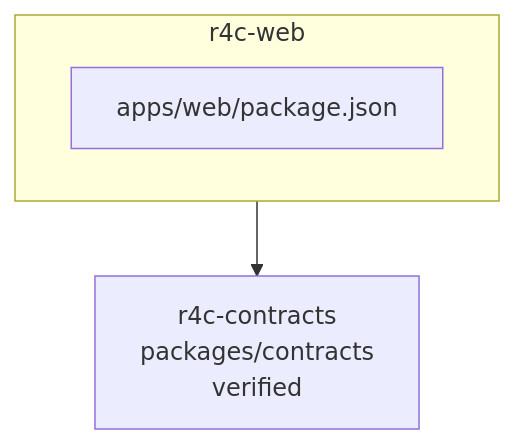
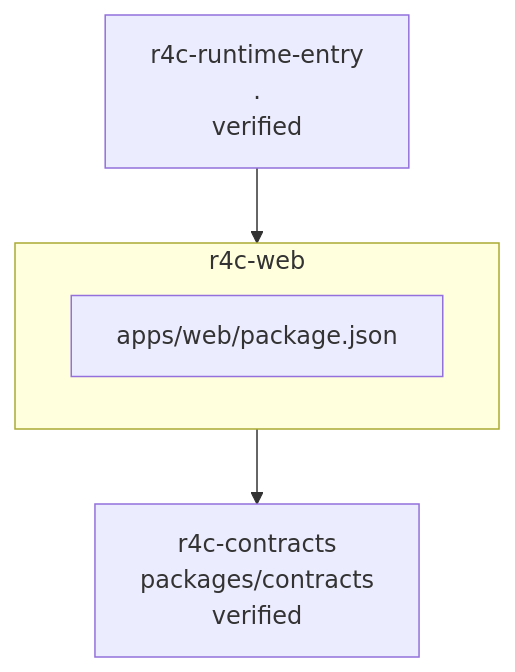
One commit to Islamce/R4C changed the diagram in .ai/diagrams/component-r4c-web.md. Above: the diagram before and after it, drawn with Mermaid. The commit also changed other lines of this file and 27 other files, not shown here.

````diff
--- a/.ai/diagrams/component-r4c-web.md
+++ b/.ai/diagrams/component-r4c-web.md
@@ -7,8 +7,10 @@
 ```mermaid
 graph TB
   subgraph r4c_web_box["r4c-web"]
     ep_apps_web_package_json["apps/web/package.json"]
   end
   r4c_contracts["r4c-contracts<br/>packages/contracts<br/>verified"]
   r4c_web_box --> r4c_contracts
+  r4c_runtime_entry["r4c-runtime-entry<br/>.<br/>verified"]
+  r4c_runtime_entry --> r4c_web_box
 ```
````
